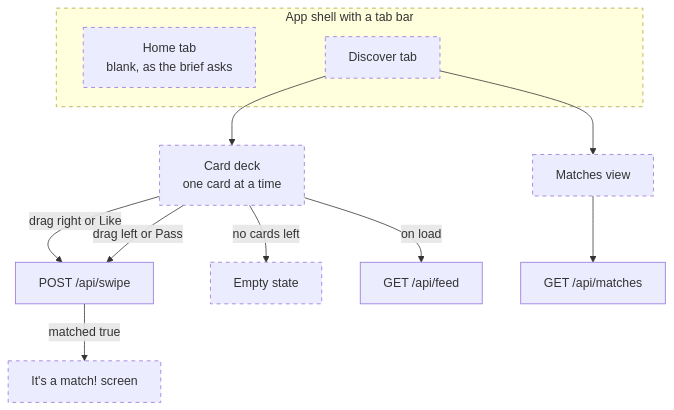
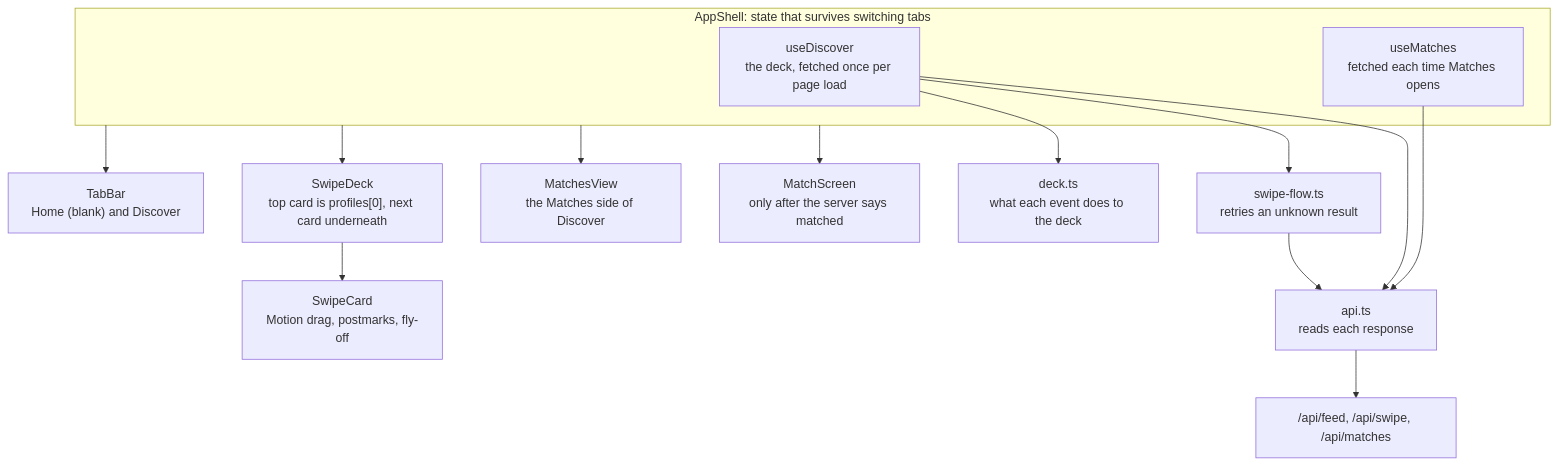
One commit to ashutosharma2/coy-discover-assignment changed diagram 12 of 14 in docs/architecture.md. Above: the diagram before and after it, drawn with Mermaid. The commit also changed other lines of this file and 56 other files, not shown here.

First line of the commit message:
Add the Discover UI: tabs, swipe deck, match screen and Matches

````diff
--- a/docs/architecture.md
+++ b/docs/architecture.md
@@ -350,20 +352,20 @@
 ```mermaid
 flowchart TB
-    subgraph Shell["App shell with a tab bar"]
-        Home["Home tab<br/>blank, as the brief asks"]
-        Discover["Discover tab"]
+    subgraph Shell["AppShell: state that survives switching tabs"]
+        DeckState["useDiscover<br/>the deck, fetched once per page load"]
+        MatchState["useMatches<br/>fetched each time Matches opens"]
     end
 
-    Discover --> Deck["Card deck<br/>one card at a time"]
-    Deck -- "drag right or Like" --> SwipeApi["POST /api/swipe"]
-    Deck -- "drag left or Pass" --> SwipeApi
-    SwipeApi -- "matched true" --> MatchScreen["It's a match! screen"]
-    Deck -- "no cards left" --> Empty["Empty state"]
-    Deck -- "on load" --> FeedApi["GET /api/feed"]
-    Discover --> MatchesView["Matches view"]
-    MatchesView --> MatchesApi["GET /api/matches"]
+    Shell --> Tabs["TabBar<br/>Home (blank) and Discover"]
+    Shell --> Deck["SwipeDeck<br/>top card is profiles[0], next card underneath"]
+    Shell --> Album["MatchesView<br/>the Matches side of Discover"]
+    Shell --> MatchScreen["MatchScreen<br/>only after the server says matched"]
+    Deck --> Card["SwipeCard<br/>Motion drag, postmarks, fly-off"]
 
-    class Home,Discover,Deck,MatchScreen,Empty,MatchesView planned
-    classDef planned stroke-dasharray: 5 5
-    style Shell stroke-dasharray: 5 5
+    DeckState --> Reducer["deck.ts<br/>what each event does to the deck"]
+    DeckState --> Flow["swipe-flow.ts<br/>retries an unknown result"]
+    Flow --> Client["api.ts<br/>reads each response"]
+    DeckState --> Client
+    MatchState --> Client
+    Client --> Api["/api/feed, /api/swipe, /api/matches"]
 ```
````
